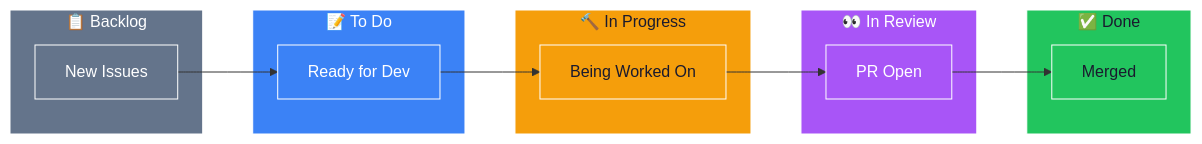
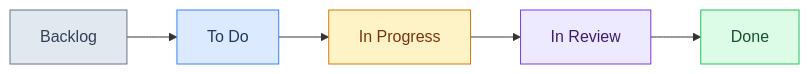
One commit to Univers42/transcendance changed diagram 13 of 13 in CONTRIBUTING.md. Above: the diagram before and after it, drawn with Mermaid. The commit also changed other lines of this file, not shown here.

````diff
--- a/CONTRIBUTING.md
+++ b/CONTRIBUTING.md
@@ -1236,38 +851,13 @@
 ```mermaid
-flowchart LR
-    subgraph Backlog["📋 Backlog"]
-        New["New Issues"]
-    end
-    
-    subgraph Todo["📝 To Do"]
-        Ready["Ready for Dev"]
-    end
-    
-    subgraph Progress["🔨 In Progress"]
-        Working["Being Worked On"]
-    end
-    
-    subgraph Review["👀 In Review"]
-        PR["PR Open"]
-    end
-    
-    subgraph Done["✅ Done"]
-        Merged["Merged"]
-    end
+graph LR
+    backlog["Backlog"] --> todo["To Do"]
+    todo --> wip["In Progress"]
+    wip --> review["In Review"]
+    review --> done["Done"]
 
-    New --> Ready
-    Ready --> Working
-    Working --> PR
-    PR --> Merged
-
-    style Backlog fill:#64748b,stroke:#fff,color:#fff
-    style Todo fill:#3b82f6,stroke:#fff,color:#fff
-    style Progress fill:#f59e0b,stroke:#fff,color:#1a1a2e
-    style Review fill:#a855f7,stroke:#fff,color:#fff
-    style Done fill:#22c55e,stroke:#fff,color:#1a1a2e
-    style New fill:#64748b,stroke:#fff,color:#fff
-    style Ready fill:#3b82f6,stroke:#fff,color:#fff
-    style Working fill:#f59e0b,stroke:#fff,color:#1a1a2e
-    style PR fill:#a855f7,stroke:#fff,color:#fff
-    style Merged fill:#22c55e,stroke:#fff,color:#1a1a2e
+    style backlog fill:#e2e8f0,stroke:#64748b,color:#334155
+    style todo fill:#dbeafe,stroke:#3b82f6,color:#1e3a5f
+    style wip fill:#fef3c7,stroke:#d97706,color:#78350f
+    style review fill:#ede9fe,stroke:#7c3aed,color:#3b1f6e
+    style done fill:#dcfce7,stroke:#22c55e,color:#14532d
 ```
````
